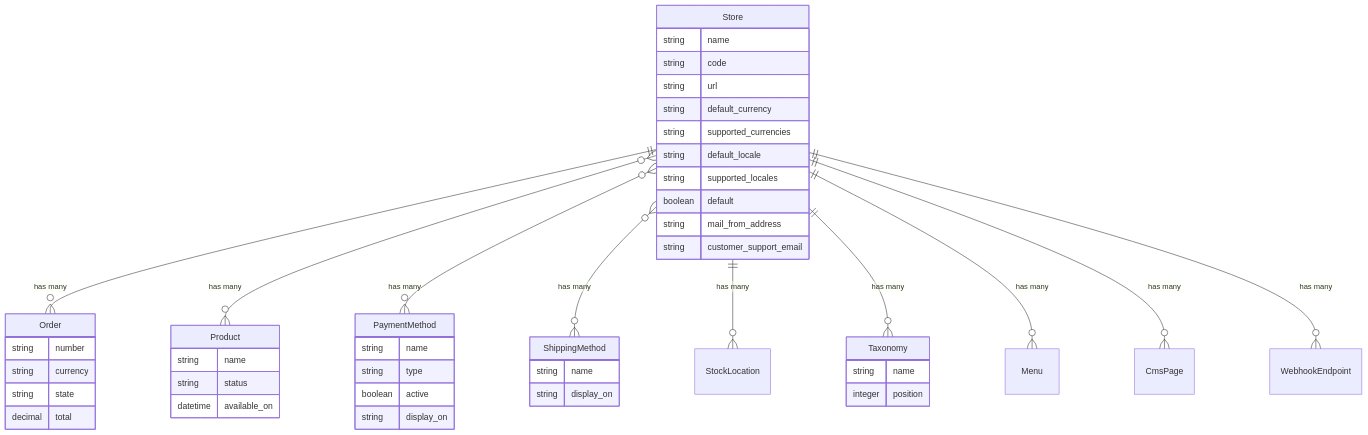
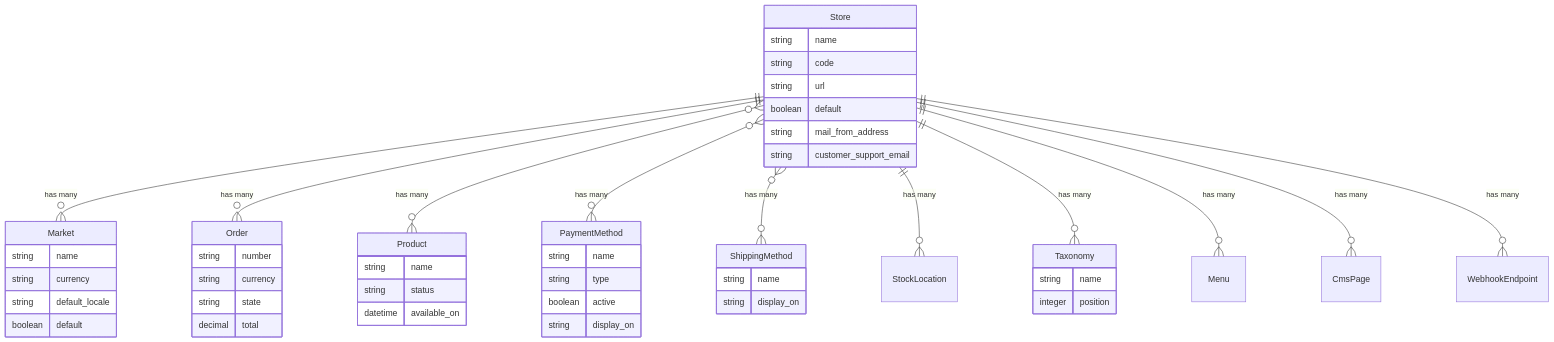
Before and after one commit to spree/spree: the diagram in docs/developer/core-concepts/stores.mdx, drawn with Mermaid. The commit also changed other lines of this file and 6 other files, not shown here.

````diff
--- a/docs/developer/core-concepts/stores.mdx
+++ b/docs/developer/core-concepts/stores.mdx
@@ -19,55 +11,59 @@
 ```mermaid
 erDiagram
     Store {
         string name
         string code
         string url
-        string default_currency
-        string supported_currencies
-        string default_locale
-        string supported_locales
         boolean default
         string mail_from_address
         string customer_support_email
     }
 
     Order {
         string number
         string currency
         string state
         decimal total
     }
 
     Product {
         string name
         string status
         datetime available_on
     }
 
     PaymentMethod {
         string name
         string type
         boolean active
         string display_on
     }
 
     ShippingMethod {
         string name
         string display_on
     }
 
     Taxonomy {
         string name
         integer position
     }
 
+    Market {
+        string name
+        string currency
+        string default_locale
+        boolean default
+    }
+
+    Store ||--o{ Market : "has many"
     Store ||--o{ Order : "has many"
     Store }o--o{ Product : "has many"
     Store }o--o{ PaymentMethod : "has many"
     Store }o--o{ ShippingMethod : "has many"
     Store ||--o{ StockLocation : "has many"
     Store ||--o{ Taxonomy : "has many"
     Store ||--o{ Menu : "has many"
     Store ||--o{ CmsPage : "has many"
     Store ||--o{ WebhookEndpoint : "has many"
 ```
````
